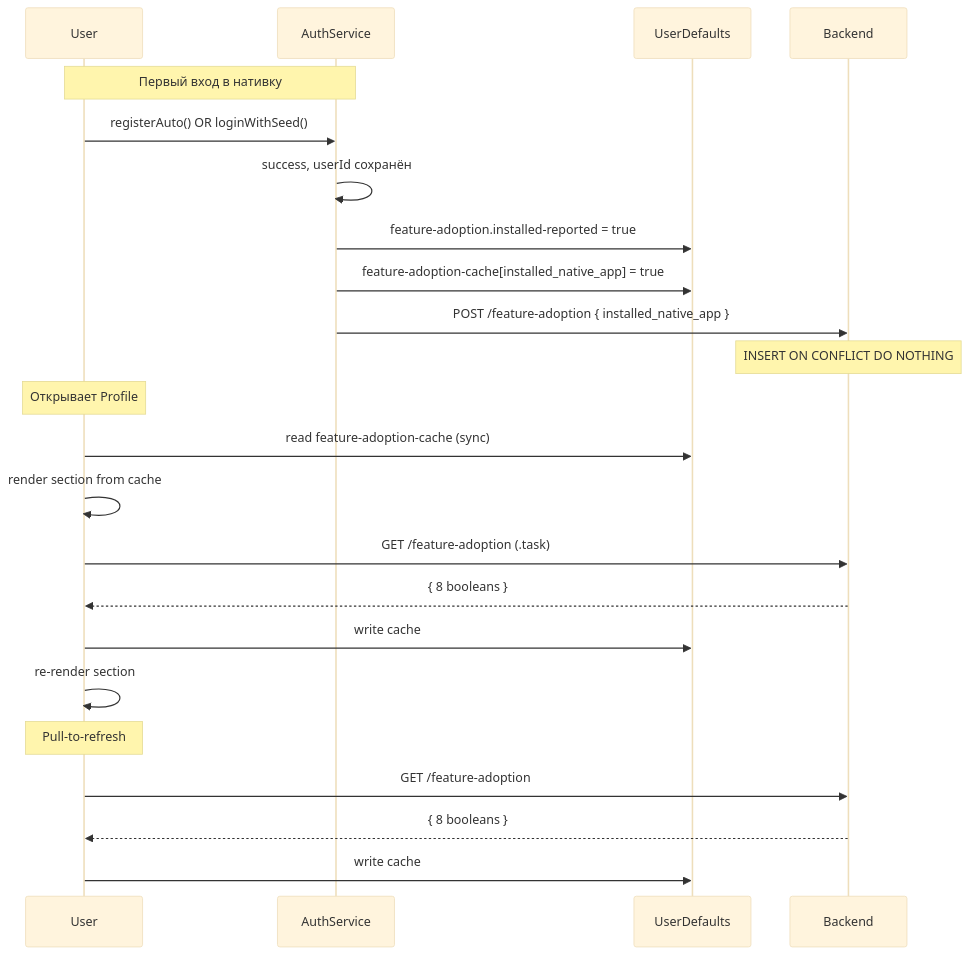
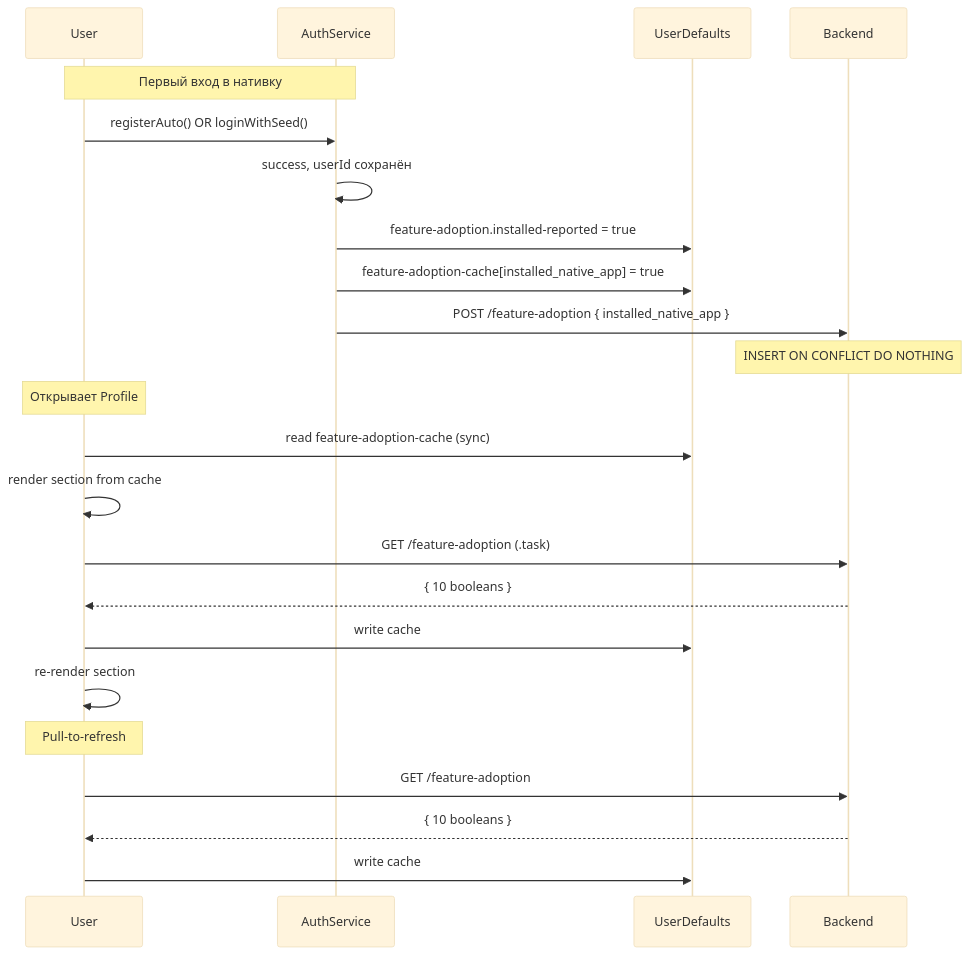
The first of 3 diagrams in specs/038-feature-adoption-tracker/contracts/feature-adoption-api.md (mikeozornin/recipe-scaler-native), drawn with Mermaid (base theme) before and after one commit. The commit also changed other lines of this file and 13 other files, not shown here.

````diff
--- a/specs/038-feature-adoption-tracker/contracts/feature-adoption-api.md
+++ b/specs/038-feature-adoption-tracker/contracts/feature-adoption-api.md
@@ -215,28 +219,28 @@
 ```mermaid
 sequenceDiagram
     participant User
     participant Auth as AuthService
     participant Cache as UserDefaults
     participant API as Backend
 
     Note over User,Auth: Первый вход в нативку
     User->>Auth: registerAuto() OR loginWithSeed()
     Auth->>Auth: success, userId сохранён
     Auth->>Cache: feature-adoption.installed-reported = true
     Auth->>Cache: feature-adoption-cache[installed_native_app] = true
     Auth->>API: POST /feature-adoption { installed_native_app }
     Note over API: INSERT ON CONFLICT DO NOTHING
 
     Note over User: Открывает Profile
     User->>Cache: read feature-adoption-cache (sync)
     User->>User: render section from cache
     User->>API: GET /feature-adoption (.task)
-    API-->>User: { 8 booleans }
+    API-->>User: { 10 booleans }
     User->>Cache: write cache
     User->>User: re-render section
 
     Note over User: Pull-to-refresh
     User->>API: GET /feature-adoption
-    API-->>User: { 8 booleans }
+    API-->>User: { 10 booleans }
     User->>Cache: write cache
 ```
````
